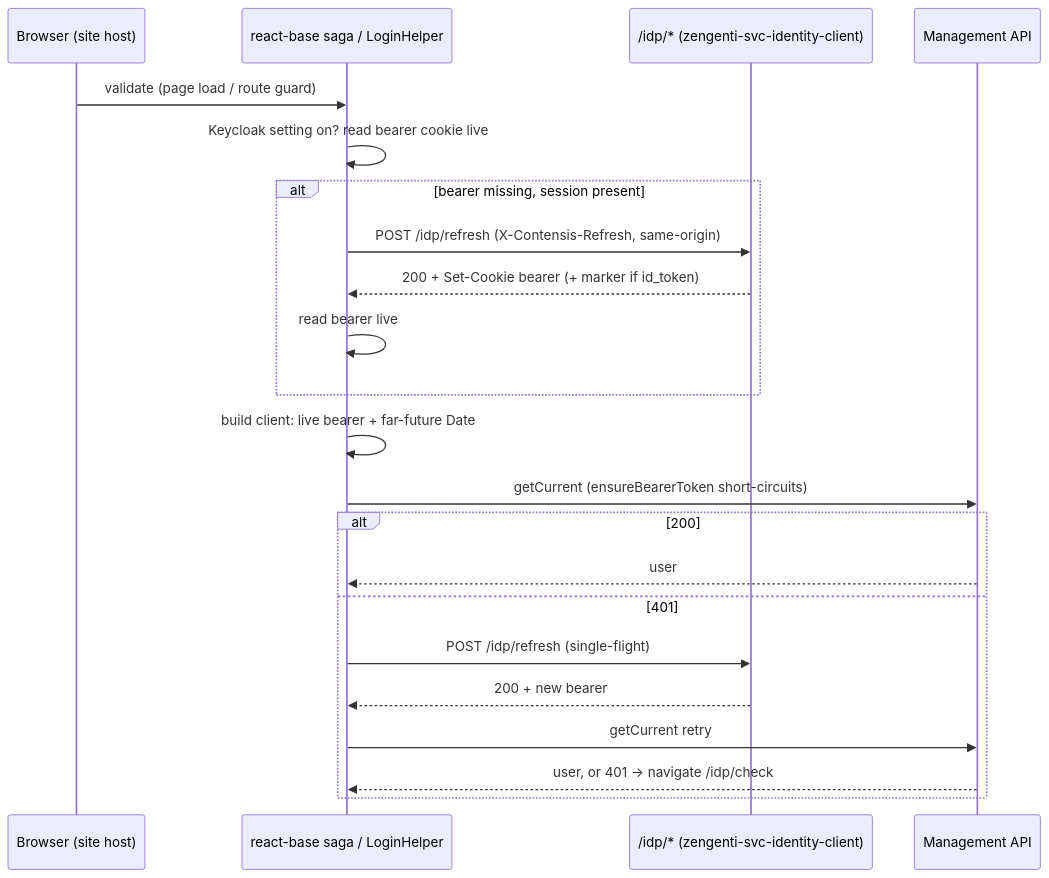
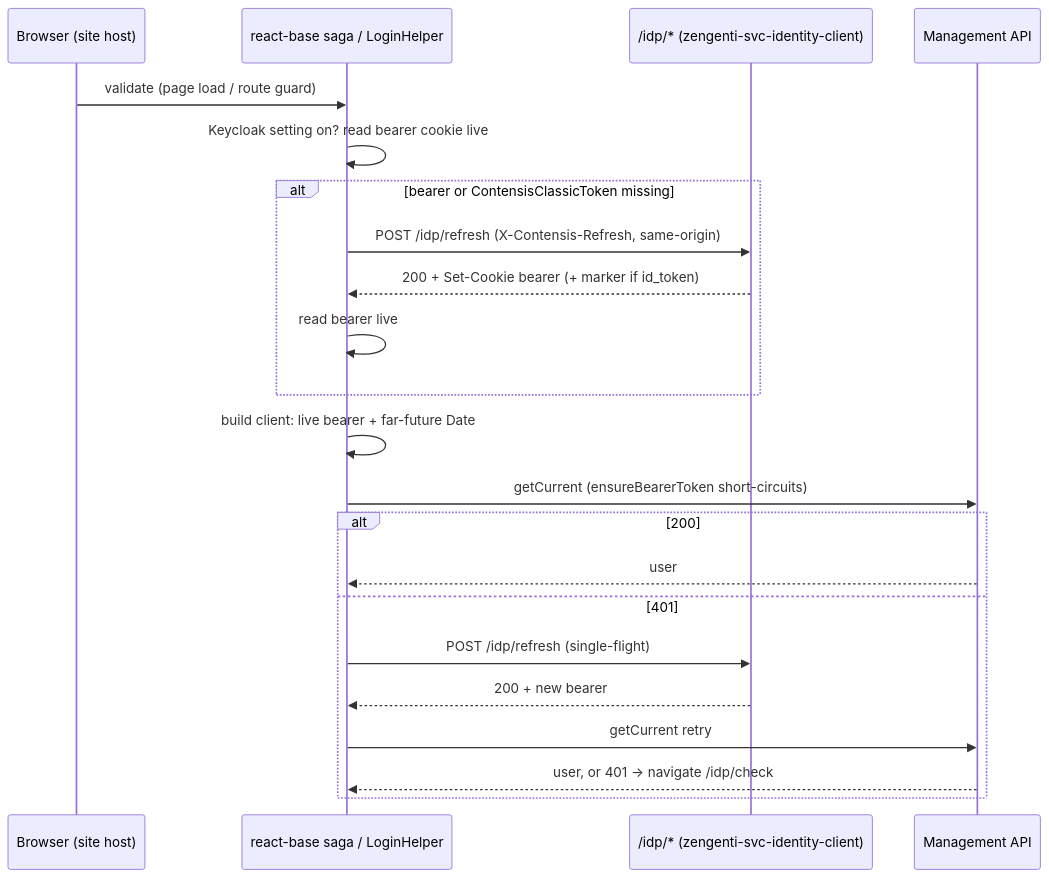
Before and after one commit to zengenti/contensis-react-base: the second of 2 diagrams in docs/plans/2026-07-21-001-fix-keyc-199-bff-session-login-plan.md, drawn with Mermaid. The commit also changed other lines of this file and 2 other files, not shown here.

````diff
--- a/docs/plans/2026-07-21-001-fix-keyc-199-bff-session-login-plan.md
+++ b/docs/plans/2026-07-21-001-fix-keyc-199-bff-session-login-plan.md
@@ -298,25 +296,25 @@
 ```mermaid
 sequenceDiagram
     participant B as Browser (site host)
     participant RB as react-base saga / LoginHelper
     participant IDP as /idp/* (zengenti-svc-identity-client)
     participant CMS as Management API
 
     B->>RB: validate (page load / route guard)
     RB->>RB: Keycloak setting on? read bearer cookie live
-    alt bearer missing, session present
+    alt bearer or ContensisClassicToken missing
         RB->>IDP: POST /idp/refresh (X-Contensis-Refresh, same-origin)
         IDP-->>RB: 200 + Set-Cookie bearer (+ marker if id_token)
         RB->>RB: read bearer live
     end
     RB->>RB: build client: live bearer + far-future Date
     RB->>CMS: getCurrent (ensureBearerToken short-circuits)
     alt 200
         CMS-->>RB: user
     else 401
         RB->>IDP: POST /idp/refresh (single-flight)
         IDP-->>RB: 200 + new bearer
         RB->>CMS: getCurrent retry
         CMS-->>RB: user, or 401 → navigate /idp/check
     end
 ```
````
